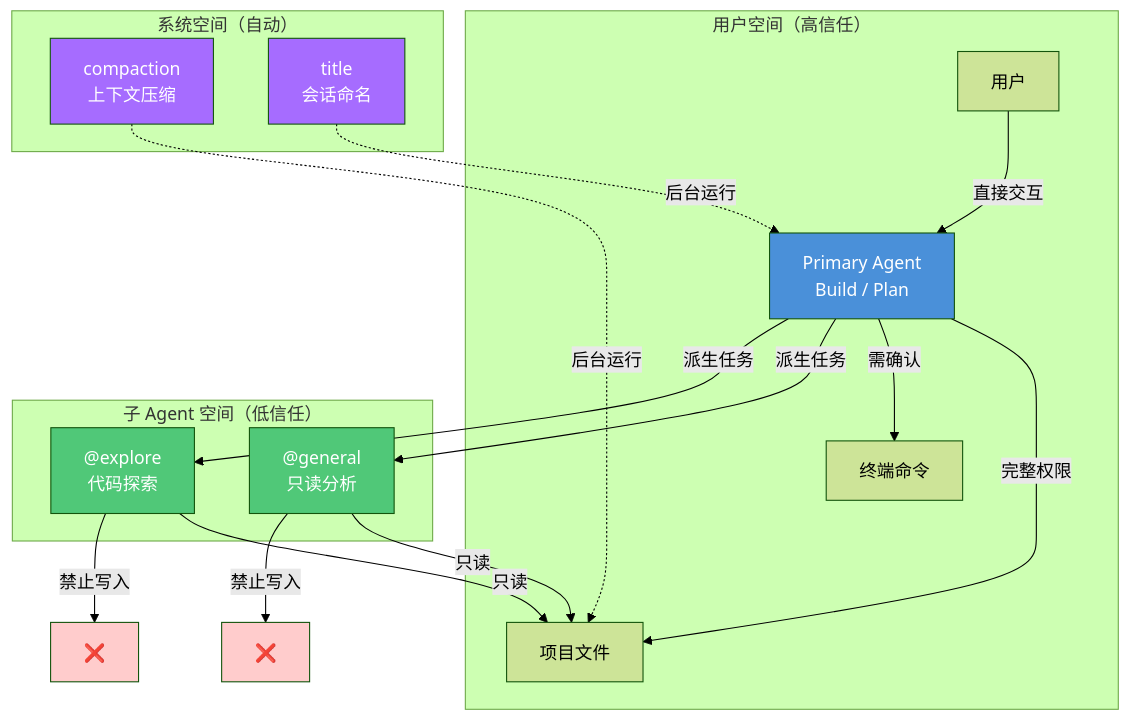
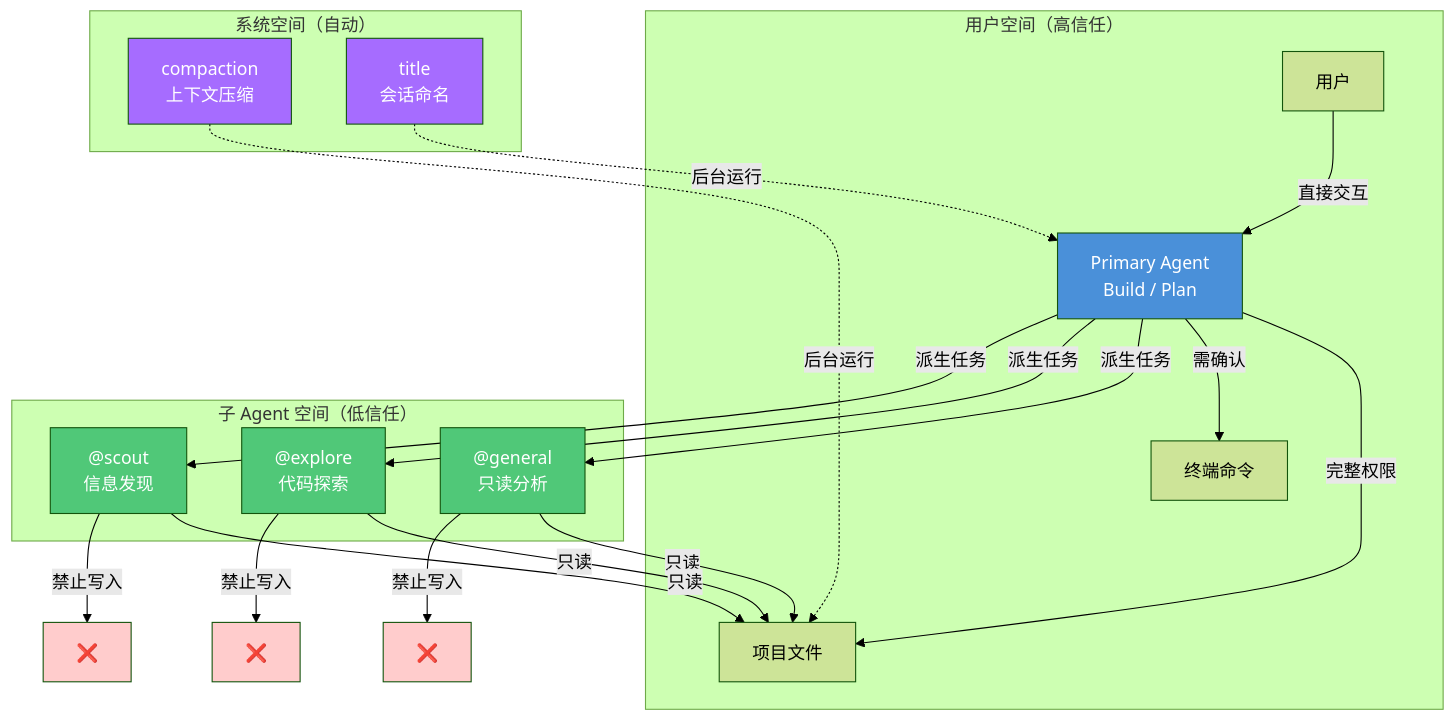
Before and after one commit to tonydeng/harness-engineering-from-oc-to-ai-coding: the third of 11 diagrams in src/02-core-concepts/agent-orchestration.md, drawn with Mermaid (forest theme). The commit also changed other lines of this file and 81 other files, not shown here.

````diff
--- a/src/02-core-concepts/agent-orchestration.md
+++ b/src/02-core-concepts/agent-orchestration.md
@@ -269,41 +305,47 @@
 ```mermaid
 flowchart TB
     subgraph 用户空间["用户空间（高信任）"]
         User[用户]
         Primary["Primary Agent<br/>Build / Plan"]
         UserFiles[项目文件]
         UserCommands[终端命令]
     end
     
     subgraph 子Agent空间["子 Agent 空间（低信任）"]
         General["@general<br/>只读分析"]
         Explore["@explore<br/>代码探索"]
+        Scout["@scout<br/>信息发现"]
     end
     
     subgraph 系统空间["系统空间（自动）"]
         Compaction["compaction<br/>上下文压缩"]
         Title["title<br/>会话命名"]
     end
     
     User -->|"直接交互"| Primary
     Primary -->|"完整权限"| UserFiles
     Primary -->|"需确认"| UserCommands
     Primary -->|"派生任务"| General
     Primary -->|"派生任务"| Explore
+    Primary -->|"派生任务"| Scout
     
     General -->|"只读"| UserFiles
     General -->|"禁止写入"| X1[❌]
     Explore -->|"只读"| UserFiles
     Explore -->|"禁止写入"| X2[❌]
+    Scout -->|"只读"| UserFiles
+    Scout -->|"禁止写入"| X3[❌]
     
     Compaction -.->|"后台运行"| UserFiles
     Title -.->|"后台运行"| Primary
     
     style Primary fill:#4A90D9,color:#fff
     style General fill:#50C878,color:#fff
     style Explore fill:#50C878,color:#fff
+    style Scout fill:#50C878,color:#fff
     style Compaction fill:#A66CFF,color:#fff
     style Title fill:#A66CFF,color:#fff
     style X1 fill:#ffcccc
     style X2 fill:#ffcccc
+    style X3 fill:#ffcccc
 ```
````
